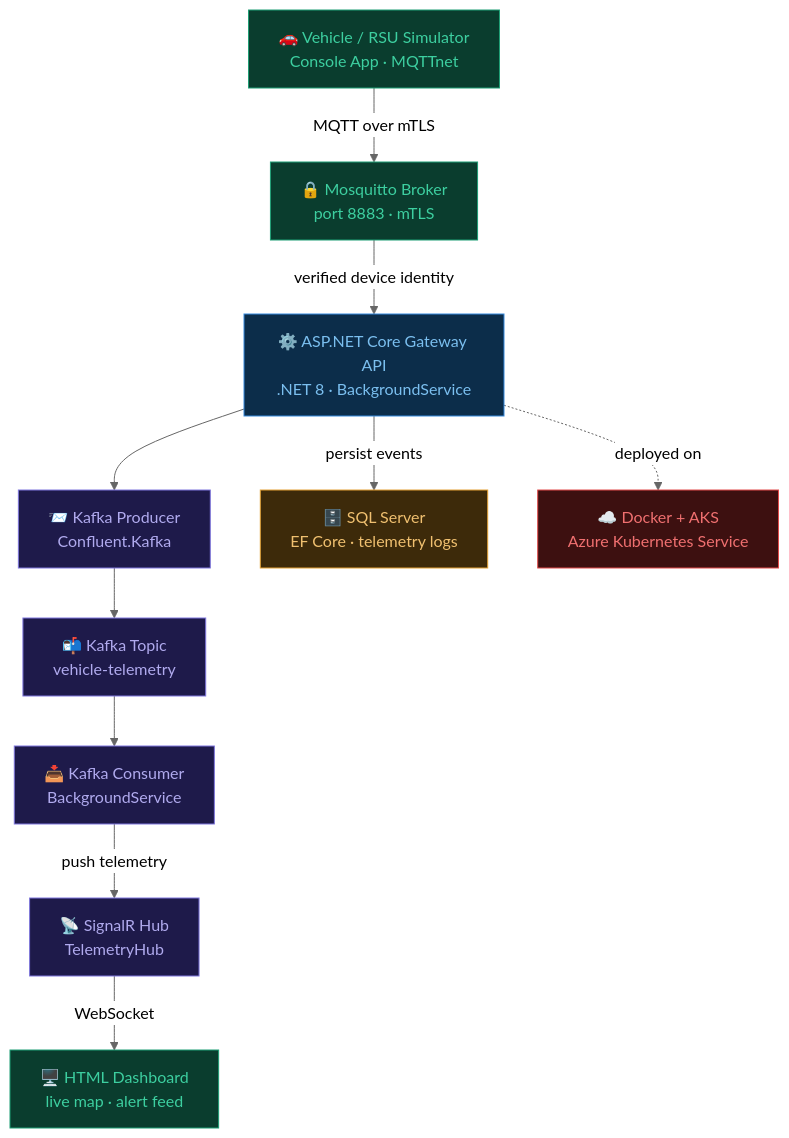
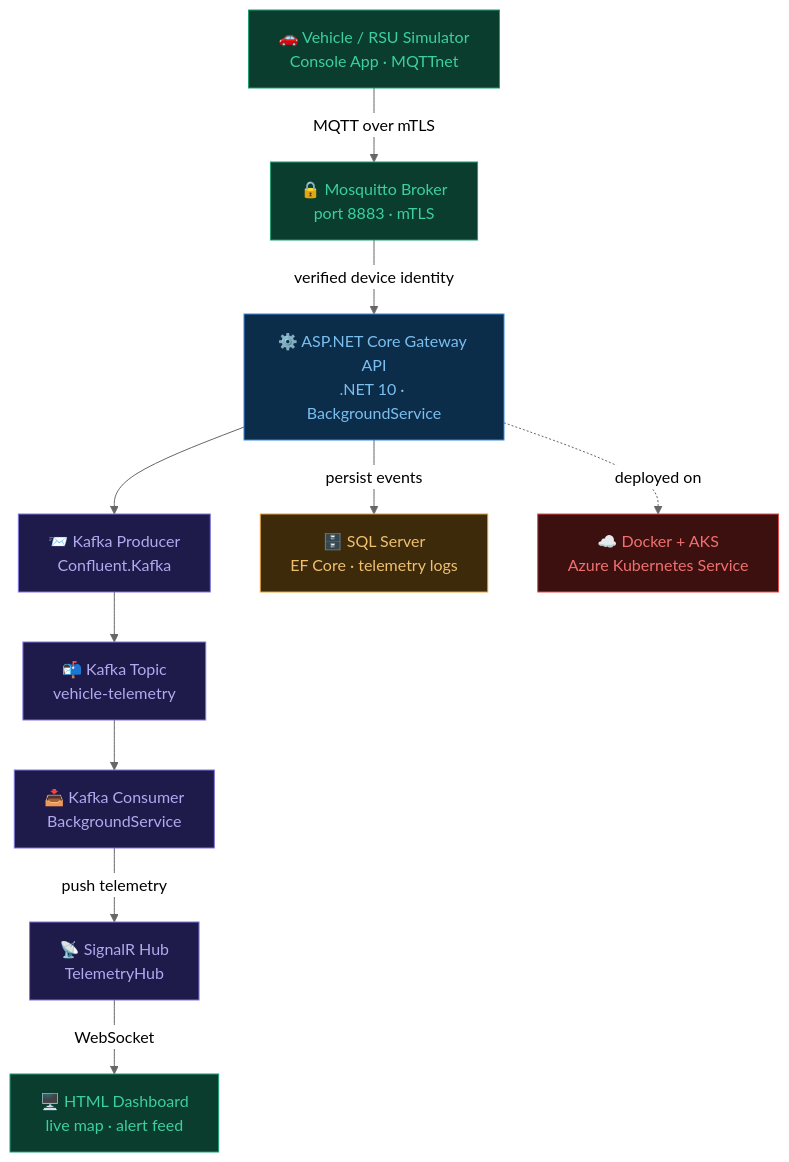
The diagram in README.md (Md-Junaeid-Alam/VehicleLink-Gateway), drawn with Mermaid (neutral theme) before and after one commit. The commit also changed other lines of this file, not shown here.

````diff
--- a/README.md
+++ b/README.md
@@ -31,34 +31,34 @@
 ```mermaid
 flowchart TD
     A["🚗 Vehicle / RSU Simulator\nConsole App · MQTTnet"]
     B["🔒 Mosquitto Broker\nport 8883 · mTLS"]
-    C["⚙️ ASP.NET Core Gateway API\n.NET 8 · BackgroundService"]
+    C["⚙️ ASP.NET Core Gateway API\n.NET 10 · BackgroundService"]
     D["📨 Kafka Producer\nConfluent.Kafka"]
     E["📬 Kafka Topic\nvehicle-telemetry"]
     F["📥 Kafka Consumer\nBackgroundService"]
     G["📡 SignalR Hub\nTelemetryHub"]
     H["🖥️ HTML Dashboard\nlive map · alert feed"]
     I["🗄️ SQL Server\nEF Core · telemetry logs"]
     J["☁️ Docker + AKS\nAzure Kubernetes Service"]
 
     A -->|"MQTT over mTLS"| B
     B -->|"verified device identity"| C
     C --> D
     D --> E
     E --> F
     F -->|"push telemetry"| G
     G -->|"WebSocket"| H
     C -->|"persist events"| I
     C -.->|"deployed on"| J
 
     style A fill:#0a3d2e,stroke:#1d9e75,color:#3dcfa0
     style B fill:#0a3d2e,stroke:#1d9e75,color:#3dcfa0
     style C fill:#0c2d4a,stroke:#378add,color:#7bbfef
     style D fill:#1e1a4a,stroke:#7f77dd,color:#b0aaee
     style E fill:#1e1a4a,stroke:#7f77dd,color:#b0aaee
     style F fill:#1e1a4a,stroke:#7f77dd,color:#b0aaee
     style G fill:#1e1a4a,stroke:#7f77dd,color:#b0aaee
     style H fill:#0a3d2e,stroke:#1d9e75,color:#3dcfa0
     style I fill:#3d2a0a,stroke:#e3a034,color:#f0c070
     style J fill:#3d1010,stroke:#e24b4a,color:#f07070
 ```
````
